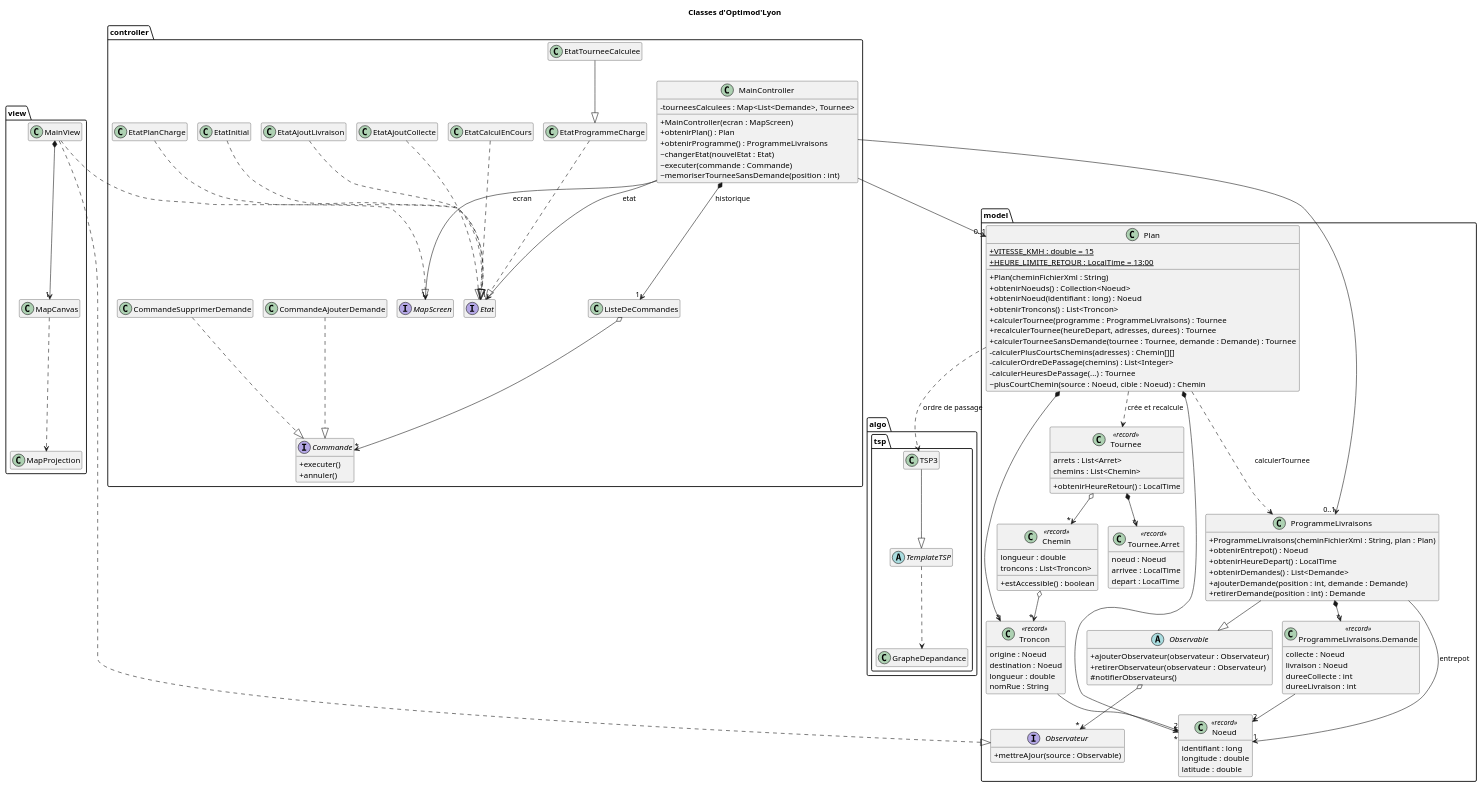
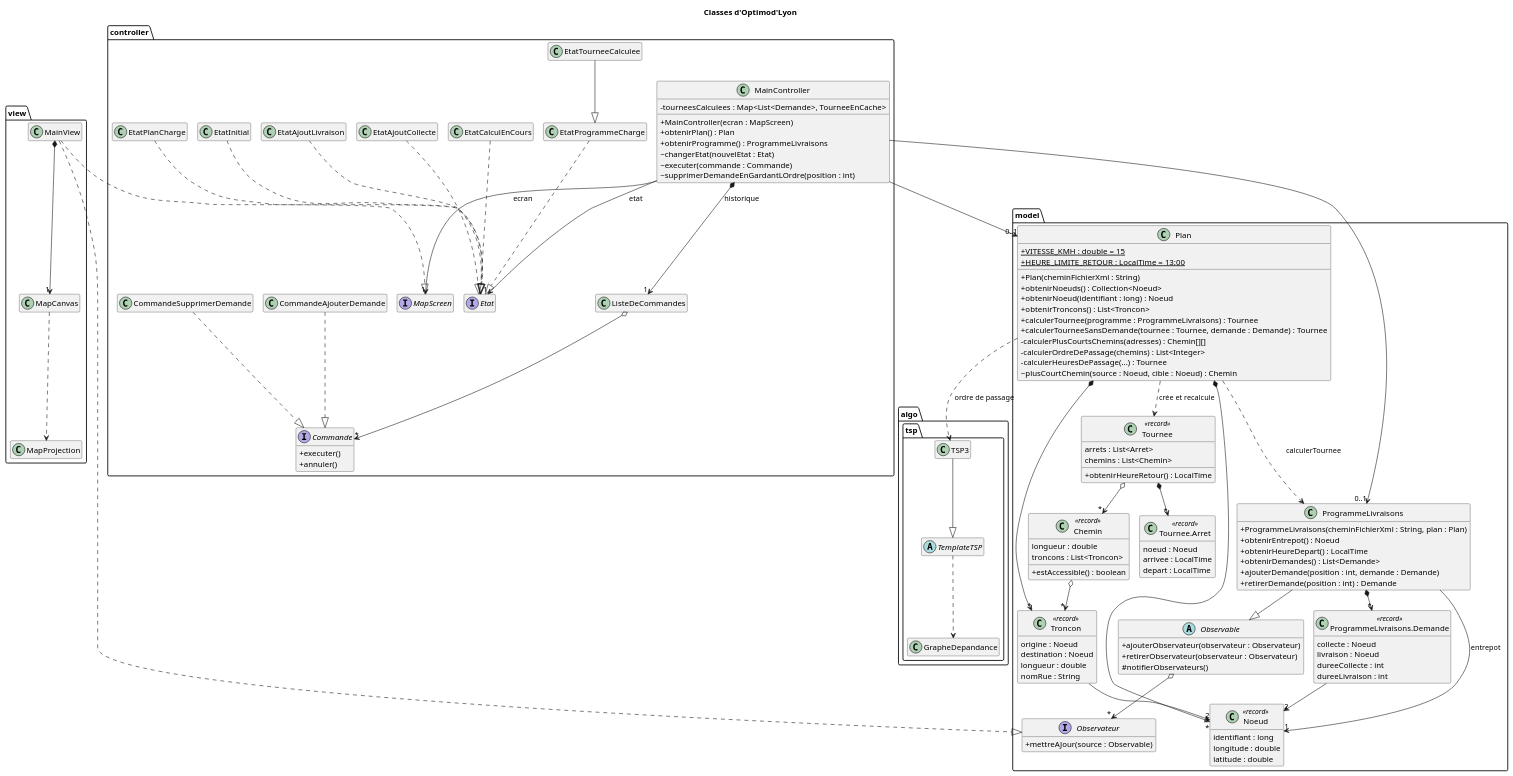
The diagram in docs/diagrams/classes.puml (tristanhp/Optimod-Lyon), drawn with PlantUML before and after one commit. The commit also changed 9 other files, not shown here.

```diff
--- a/docs/diagrams/classes.puml
+++ b/docs/diagrams/classes.puml
@@ -1,150 +1,149 @@
 @startuml classes
 !pragma layout smetana
 title Classes d'Optimod'Lyon
 skinparam classAttributeIconSize 0
 hide empty members
 
 package "model" {
   class Plan {
     +{static} VITESSE_KMH : double = 15
     +{static} HEURE_LIMITE_RETOUR : LocalTime = 13:00
     +Plan(cheminFichierXml : String)
     +obtenirNoeuds() : Collection<Noeud>
     +obtenirNoeud(identifiant : long) : Noeud
     +obtenirTroncons() : List<Troncon>
     +calculerTournee(programme : ProgrammeLivraisons) : Tournee
-    +recalculerTournee(heureDepart, adresses, durees) : Tournee
     +calculerTourneeSansDemande(tournee : Tournee, demande : Demande) : Tournee
     -calculerPlusCourtsChemins(adresses) : Chemin[][]
     -calculerOrdreDePassage(chemins) : List<Integer>
     -calculerHeuresDePassage(...) : Tournee
     ~plusCourtChemin(source : Noeud, cible : Noeud) : Chemin
   }
   class Noeud <<record>> {
     identifiant : long
     longitude : double
     latitude : double
   }
   class Troncon <<record>> {
     origine : Noeud
     destination : Noeud
     longueur : double
     nomRue : String
   }
   class Chemin <<record>> {
     longueur : double
     troncons : List<Troncon>
     +estAccessible() : boolean
   }
   abstract class Observable {
     +ajouterObservateur(observateur : Observateur)
     +retirerObservateur(observateur : Observateur)
     #notifierObservateurs()
   }
   interface Observateur {
     +mettreAJour(source : Observable)
   }
   class ProgrammeLivraisons {
     +ProgrammeLivraisons(cheminFichierXml : String, plan : Plan)
     +obtenirEntrepot() : Noeud
     +obtenirHeureDepart() : LocalTime
     +obtenirDemandes() : List<Demande>
     +ajouterDemande(position : int, demande : Demande)
     +retirerDemande(position : int) : Demande
   }
   class "ProgrammeLivraisons.Demande" as Demande <<record>> {
     collecte : Noeud
     livraison : Noeud
     dureeCollecte : int
     dureeLivraison : int
   }
   class Tournee <<record>> {
     arrets : List<Arret>
     chemins : List<Chemin>
     +obtenirHeureRetour() : LocalTime
   }
   class "Tournee.Arret" as Arret <<record>> {
     noeud : Noeud
     arrivee : LocalTime
     depart : LocalTime
   }
 }
 
 package "algo.tsp" {
   abstract class TemplateTSP
   class TSP3
   class GrapheDepandance
 }
 
 package "controller" {
   class MainController {
     +MainController(ecran : MapScreen)
     +obtenirPlan() : Plan
     +obtenirProgramme() : ProgrammeLivraisons
     ~changerEtat(nouvelEtat : Etat)
     ~executer(commande : Commande)
-    ~memoriserTourneeSansDemande(position : int)
-    -tourneesCalculees : Map<List<Demande>, Tournee>
+    ~supprimerDemandeEnGardantLOrdre(position : int)
+    -tourneesCalculees : Map<List<Demande>, TourneeEnCache>
   }
   interface MapScreen
   interface Etat
   class EtatInitial
   class EtatPlanCharge
   class EtatProgrammeCharge
   class EtatTourneeCalculee
   class EtatCalculEnCours
   class EtatAjoutCollecte
   class EtatAjoutLivraison
   interface Commande {
     +executer()
     +annuler()
   }
   class ListeDeCommandes
   class CommandeAjouterDemande
   class CommandeSupprimerDemande
 }
 
 package "view" {
   class MainView
   class MapCanvas
   class MapProjection
 }
 
 Plan *--> "*" Noeud
 Plan *--> "*" Troncon
 Troncon --> "2" Noeud
 Chemin o--> "*" Troncon
 Plan ..> ProgrammeLivraisons : calculerTournee
 Plan ..> Tournee : crée et recalcule
 Plan ..> TSP3 : ordre de passage
 TSP3 --|> TemplateTSP
 TemplateTSP ..> GrapheDepandance
 ProgrammeLivraisons --|> Observable
 Observable o--> "*" Observateur
 ProgrammeLivraisons *--> "*" Demande
 ProgrammeLivraisons --> "1" Noeud : entrepot
 Demande --> "2" Noeud
 Tournee *--> "*" Arret
 Tournee o--> "*" Chemin
 
 MainController --> "1" MapScreen : ecran
 MainController --> "1" Etat : etat
 MainController *--> "1" ListeDeCommandes : historique
 MainController --> "0..1" Plan
 MainController --> "0..1" ProgrammeLivraisons
 EtatInitial ..|> Etat
 EtatPlanCharge ..|> Etat
 EtatProgrammeCharge ..|> Etat
 EtatTourneeCalculee --|> EtatProgrammeCharge
 EtatCalculEnCours ..|> Etat
 EtatAjoutCollecte ..|> Etat
 EtatAjoutLivraison ..|> Etat
 ListeDeCommandes o--> "*" Commande
 CommandeAjouterDemande ..|> Commande
 CommandeSupprimerDemande ..|> Commande
 
 MainView ..|> MapScreen
 MainView ..|> Observateur
 MainView *--> "1" MapCanvas
 MapCanvas ..> MapProjection
 @enduml
```
